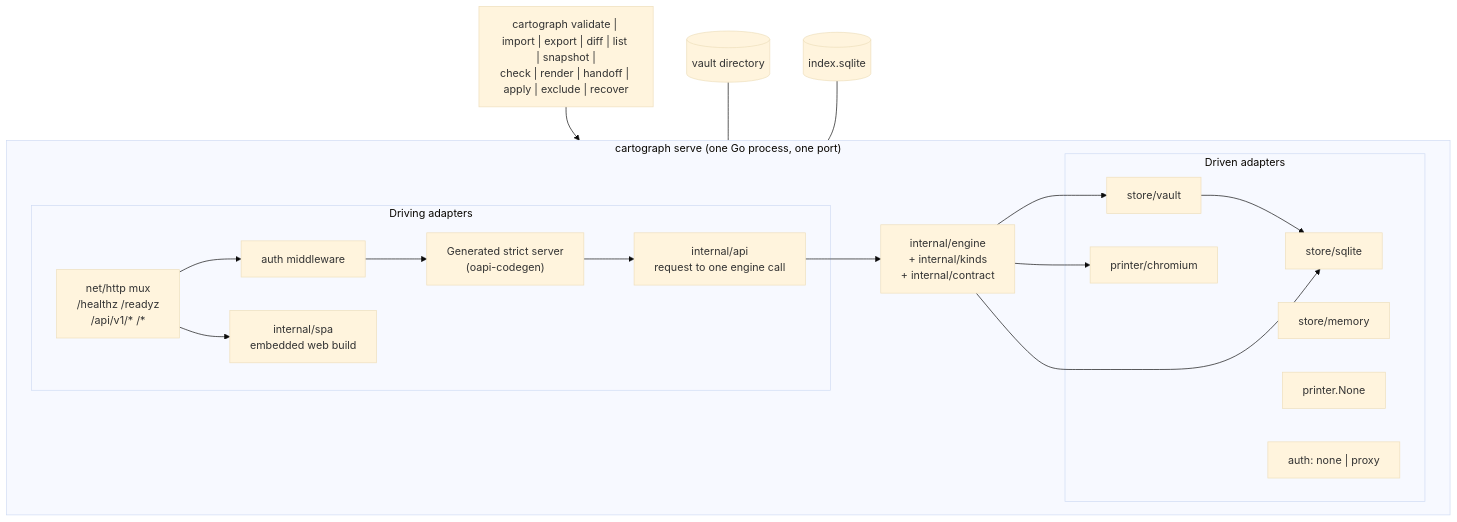
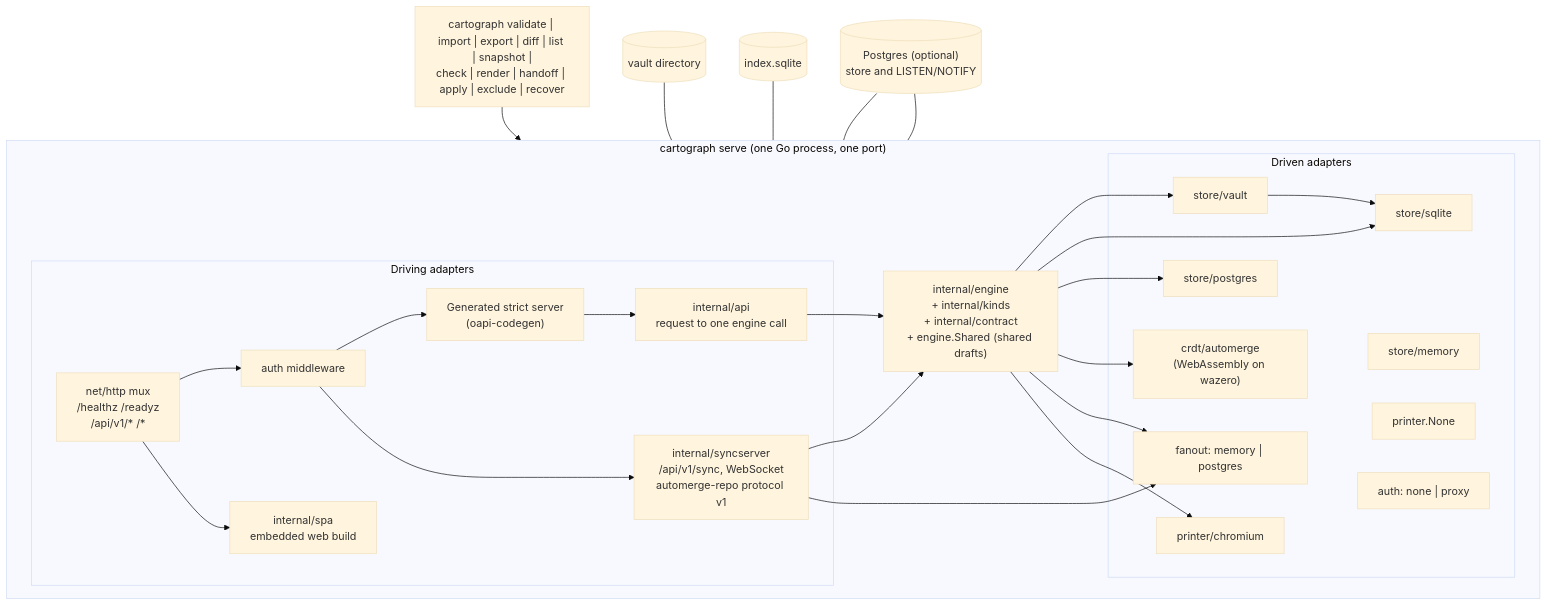
One commit to ProjectCartograph/cartograph-engine changed the second of 9 diagrams in docs/ARCHITECTURE.md. Above: the diagram before and after it, drawn with Mermaid (base theme). The commit also changed other lines of this file and 9 other files, not shown here.

````diff
--- a/docs/ARCHITECTURE.md
+++ b/docs/ARCHITECTURE.md
@@ -85,30 +92,41 @@
 ```mermaid
 flowchart TB
     subgraph process["cartograph serve (one Go process, one port)"]
         direction LR
         subgraph driving["Driving adapters"]
             http["net/http mux<br/>/healthz /readyz<br/>/api/v1/* /*"]
             authmw["auth middleware"]
             apigen["Generated strict server<br/>(oapi-codegen)"]
             apipkg["internal/api<br/>request to one engine call"]
+            syncsrv["internal/syncserver<br/>/api/v1/sync, WebSocket<br/>automerge-repo protocol v1"]
             spaemb["internal/spa<br/>embedded web build"]
         end
-        core["internal/engine<br/>+ internal/kinds<br/>+ internal/contract"]
+        core["internal/engine<br/>+ internal/kinds<br/>+ internal/contract<br/>+ engine.Shared (shared drafts)"]
         subgraph driven["Driven adapters"]
             vaultad["store/vault"]
             sqlitead["store/sqlite"]
+            pgad["store/postgres"]
             memad["store/memory"]
+            amad["crdt/automerge<br/>(WebAssembly on wazero)"]
+            fanad["fanout: memory | postgres"]
             chrom["printer/chromium"]
             none["printer.None"]
             authn["auth: none | proxy"]
         end
         http --> authmw --> apigen --> apipkg --> core
+        authmw --> syncsrv --> core
+        syncsrv --> fanad
         http --> spaemb
         core --> vaultad --> sqlitead
         core --> sqlitead
+        core --> pgad
+        core --> amad
+        core --> fanad
         core --> chrom
     end
     cliproc["cartograph validate | import | export | diff | list | snapshot |<br/>check | render | handoff | apply | exclude | recover"] --> core
     fs[("vault directory")] --- vaultad
     db[("index.sqlite")] --- sqlitead
+    pg[("Postgres (optional)<br/>store and LISTEN/NOTIFY")] --- pgad
+    pg --- fanad
 ```
````
